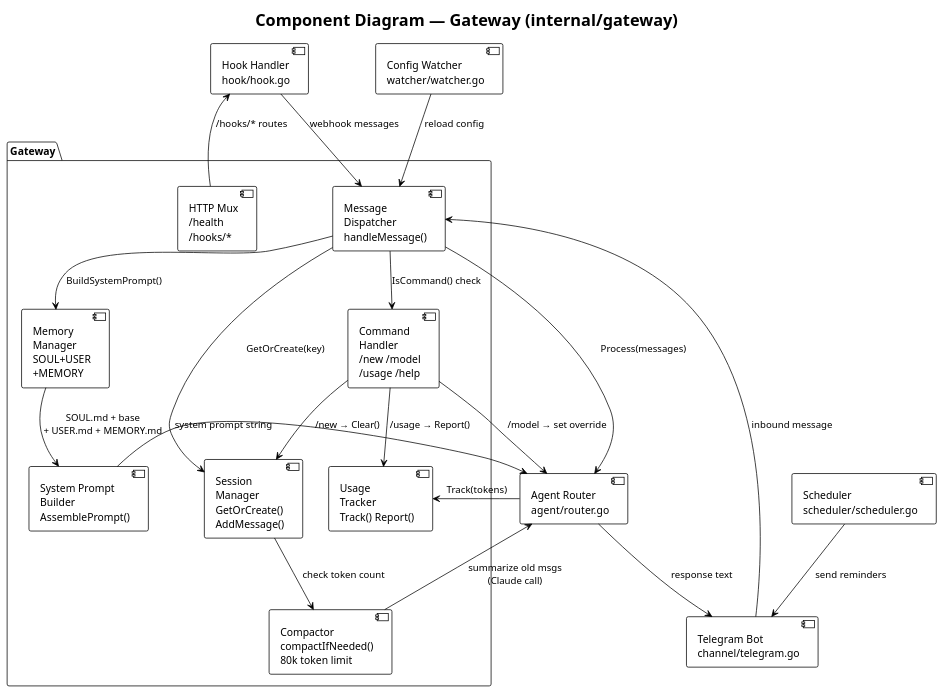
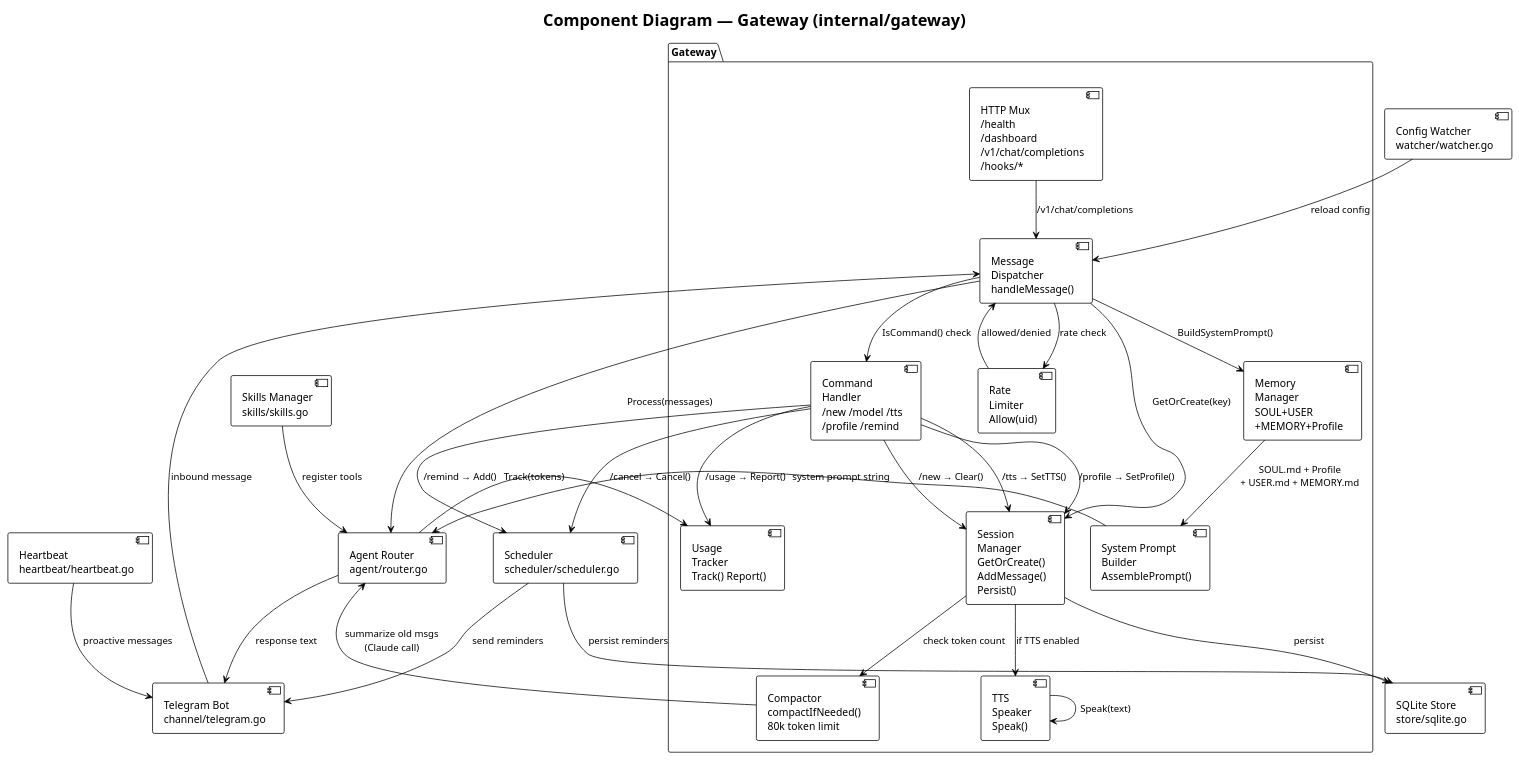
Before and after one commit to FeelPulse/feelpulse: the third of 8 diagrams in docs/c4-architecture.md, drawn with PlantUML. The commit also changed other lines of this file and 3 other files, not shown here.

First line of the commit message:
docs: comprehensive README, TODO, and architecture updates

````diff
--- a/docs/c4-architecture.md
+++ b/docs/c4-architecture.md
@@ -124,50 +145,65 @@
 ```plantuml
 @startuml c4-component
 !theme plain
 skinparam backgroundColor #FFFFFF
 skinparam defaultFontName monospace
 
 title Component Diagram — Gateway (internal/gateway)
 
 package "Gateway" {
 
-  component "HTTP Mux\n/health\n/hooks/*" as MUXHTTP
+  component "HTTP Mux\n/health\n/dashboard\n/v1/chat/completions\n/hooks/*" as MUXHTTP
   component "Message\nDispatcher\nhandleMessage()" as DISP
-  component "Command\nHandler\n/new /model\n/usage /help" as CMD
-  component "Memory\nManager\nSOUL+USER\n+MEMORY" as MEM
-  component "Session\nManager\nGetOrCreate()\nAddMessage()" as SESS
+  component "Rate\nLimiter\nAllow(uid)" as RL
+  component "Command\nHandler\n/new /model /tts\n/profile /remind" as CMD
+  component "Memory\nManager\nSOUL+USER\n+MEMORY+Profile" as MEM
+  component "Session\nManager\nGetOrCreate()\nAddMessage()\nPersist()" as SESS
   component "Compactor\ncompactIfNeeded()\n80k token limit" as COMP
   component "Usage\nTracker\nTrack() Report()" as USAGE
+  component "TTS\nSpeaker\nSpeak()" as TTS
   component "System Prompt\nBuilder\nAssemblePrompt()" as SPB
 }
 
 component "Telegram Bot\nchannel/telegram.go" as TG_BOT
 component "Agent Router\nagent/router.go" as AR
 component "Scheduler\nscheduler/scheduler.go" as SCHED
-component "Hook Handler\nhook/hook.go" as HOOK
+component "Heartbeat\nheartbeat/heartbeat.go" as HB
+component "Skills Manager\nskills/skills.go" as SKILLS
+component "SQLite Store\nstore/sqlite.go" as STORE
 component "Config Watcher\nwatcher/watcher.go" as WATCHER
 
 TG_BOT --> DISP : inbound message
+DISP --> RL : rate check
+RL --> DISP : allowed/denied
 DISP --> CMD : IsCommand() check
 CMD --> SESS : /new → Clear()
+CMD --> SESS : /tts → SetTTS()
+CMD --> SESS : /profile → SetProfile()
+CMD --> SCHED : /remind → Add()
+CMD --> SCHED : /cancel → Cancel()
 CMD --> USAGE : /usage → Report()
-CMD --> AR : /model → set override
 
 DISP --> SESS : GetOrCreate(key)
+SESS --> STORE : persist
 SESS --> COMP : check token count
 COMP --> AR : summarize old msgs\n(Claude call)
 
 DISP --> MEM : BuildSystemPrompt()
-MEM --> SPB : SOUL.md + base\n+ USER.md + MEMORY.md
+MEM --> SPB : SOUL.md + Profile\n+ USER.md + MEMORY.md
 SPB --> AR : system prompt string
+SKILLS --> AR : register tools
 
 DISP --> AR : Process(messages)
 AR --> TG_BOT : response text
 AR --> USAGE : Track(tokens)
 
+SESS --> TTS : if TTS enabled
+TTS --> TTS : Speak(text)
+
+SCHED --> STORE : persist reminders
 SCHED --> TG_BOT : send reminders
-HOOK --> DISP : webhook messages
+HB --> TG_BOT : proactive messages
 WATCHER --> DISP : reload config
-MUXHTTP --> HOOK : /hooks/* routes
+MUXHTTP --> DISP : /v1/chat/completions
 @enduml
 ```
````
